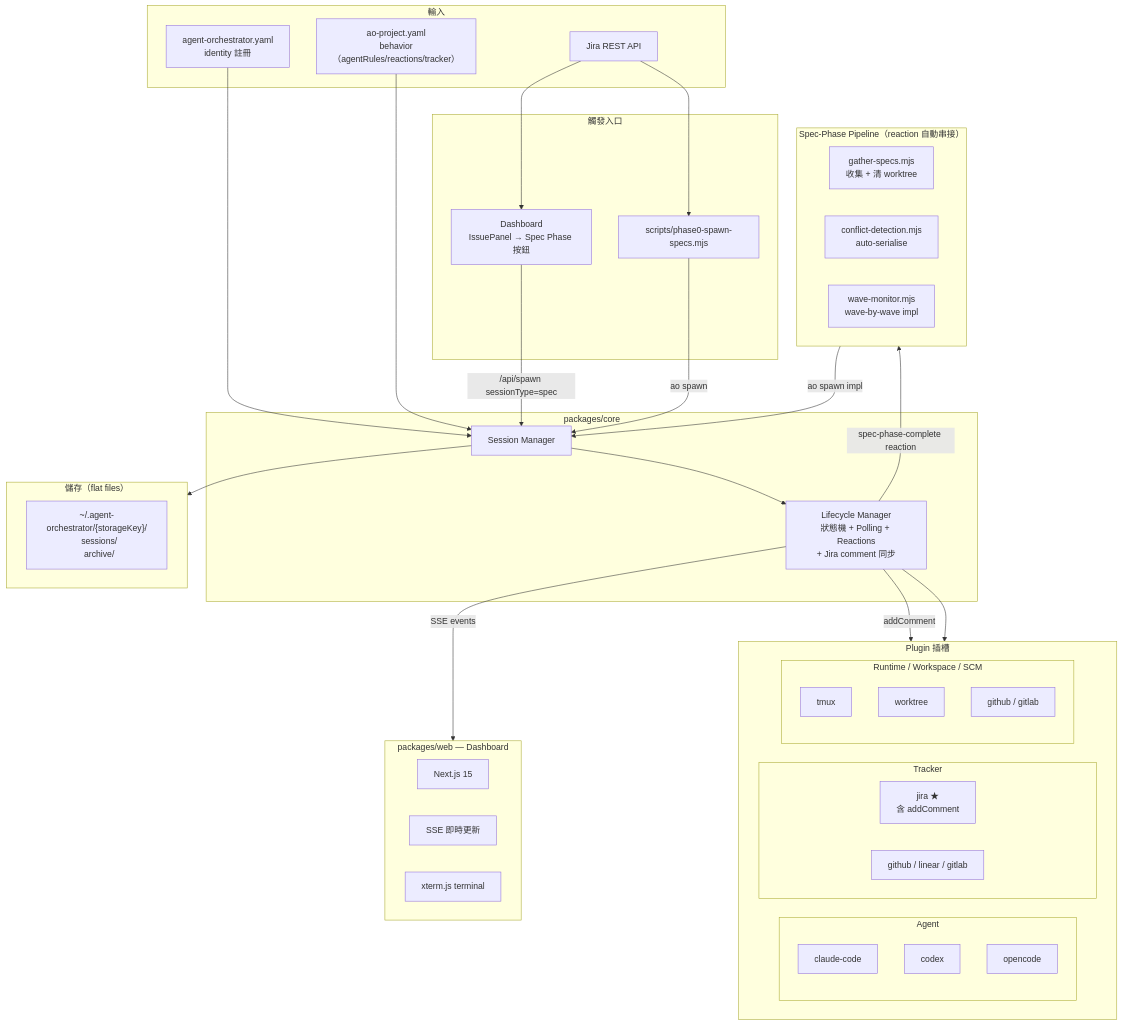
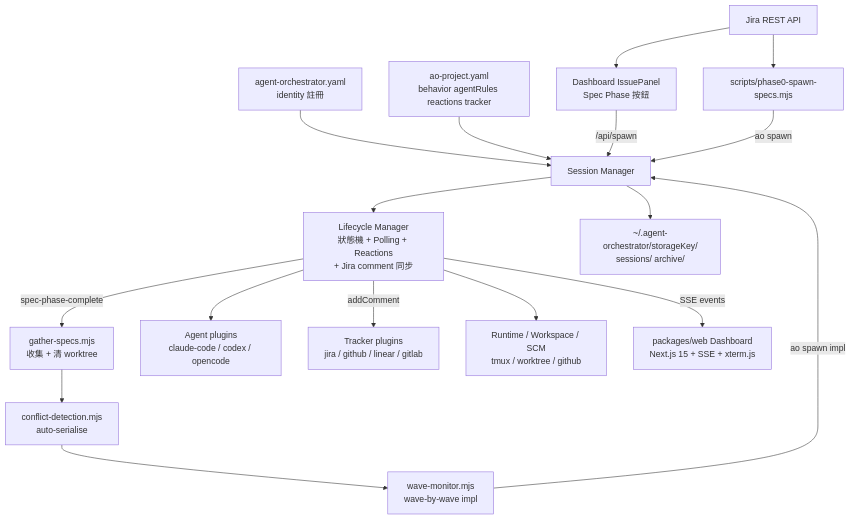
The first of 3 diagrams in README.md (huskylin/agent-orchestrator), drawn with Mermaid before and after one commit.

Commit message:
docs: 簡化系統架構 mermaid 圖，移除 8.13.10 不支援的語法
- 拿掉巢狀 subgraph（mermaid 8.x 對 nested subgraph 支援差）
- 移除 direction LR directive（8.x 不支援）
- 拿掉 ★ 特殊字元、移除節點 label 中的 () 全形括弧
- 簡化 arrow label，把多步驟拆成多條 edge

````diff
--- a/README.md
+++ b/README.md
@@ -76,66 +76,40 @@
 ```mermaid
 graph TB
-    subgraph Input["輸入"]
-        YAML[agent-orchestrator.yaml<br>identity 註冊]
-        LOCAL[ao-project.yaml<br>behavior（agentRules/reactions/tracker）]
-        JIRA[Jira REST API]
-    end
+    YAML[agent-orchestrator.yaml<br>identity 註冊]
+    LOCAL[ao-project.yaml<br>behavior agentRules reactions tracker]
+    JIRA[Jira REST API]
 
-    subgraph UI["觸發入口"]
-        DASH[Dashboard<br>IssuePanel → Spec Phase 按鈕]
-        P0[scripts/phase0-spawn-specs.mjs]
-    end
+    DASH[Dashboard IssuePanel<br>Spec Phase 按鈕]
+    P0[scripts/phase0-spawn-specs.mjs]
 
-    subgraph Pipeline["Spec-Phase Pipeline（reaction 自動串接）"]
-        GS[gather-specs.mjs<br>收集 + 清 worktree]
-        CD[conflict-detection.mjs<br>auto-serialise]
-        WM[wave-monitor.mjs<br>wave-by-wave impl]
-    end
+    GS[gather-specs.mjs<br>收集 + 清 worktree]
+    CD[conflict-detection.mjs<br>auto-serialise]
+    WM[wave-monitor.mjs<br>wave-by-wave impl]
 
-    subgraph Core["packages/core"]
-        SESSION_MGR[Session Manager]
-        LIFECYCLE[Lifecycle Manager<br>狀態機 + Polling + Reactions<br>+ Jira comment 同步]
-    end
+    SESSION_MGR[Session Manager]
+    LIFECYCLE[Lifecycle Manager<br>狀態機 + Polling + Reactions<br>+ Jira comment 同步]
 
-    subgraph Plugins["Plugin 插槽"]
-        direction LR
-        subgraph Agents["Agent"]
-            CC[claude-code]
-            CODEX[codex]
-            OC[opencode]
-        end
-        subgraph Trackers["Tracker"]
-            JIRA_P[jira ★<br>含 addComment]
-            GH_T[github / linear / gitlab]
-        end
-        subgraph Infra["Runtime / Workspace / SCM"]
-            RT[tmux]
-            WS[worktree]
-            SCM[github / gitlab]
-        end
-    end
+    AGENTS[Agent plugins<br>claude-code / codex / opencode]
+    TRACKERS[Tracker plugins<br>jira / github / linear / gitlab]
+    INFRA[Runtime / Workspace / SCM<br>tmux / worktree / github]
 
-    subgraph Web["packages/web — Dashboard"]
-        NEXTJS[Next.js 15]
-        SSE[SSE 即時更新]
-        XTERM[xterm.js terminal]
-    end
-
-    subgraph Storage["儲存（flat files）"]
-        FILES["~/.agent-orchestrator/{storageKey}/<br>  sessions/<br>  archive/"]
-    end
+    WEB[packages/web Dashboard<br>Next.js 15 + SSE + xterm.js]
+    STORAGE[~/.agent-orchestrator/storageKey/<br>sessions/ archive/]
 
     YAML --> SESSION_MGR
     LOCAL --> SESSION_MGR
     JIRA --> P0
     JIRA --> DASH
-    DASH -->|/api/spawn sessionType=spec| SESSION_MGR
+    DASH -->|/api/spawn| SESSION_MGR
     P0 -->|ao spawn| SESSION_MGR
     SESSION_MGR --> LIFECYCLE
-    LIFECYCLE -->|spec-phase-complete reaction| Pipeline
-    Pipeline -->|ao spawn impl| SESSION_MGR
-    LIFECYCLE --> Plugins
-    LIFECYCLE -->|addComment| JIRA_P
-    SESSION_MGR --> Storage
-    LIFECYCLE -->|SSE events| Web
+    LIFECYCLE -->|spec-phase-complete| GS
+    GS --> CD
+    CD --> WM
+    WM -->|ao spawn impl| SESSION_MGR
+    LIFECYCLE --> AGENTS
+    LIFECYCLE --> INFRA
+    LIFECYCLE -->|addComment| TRACKERS
+    SESSION_MGR --> STORAGE
+    LIFECYCLE -->|SSE events| WEB
 ```
````
